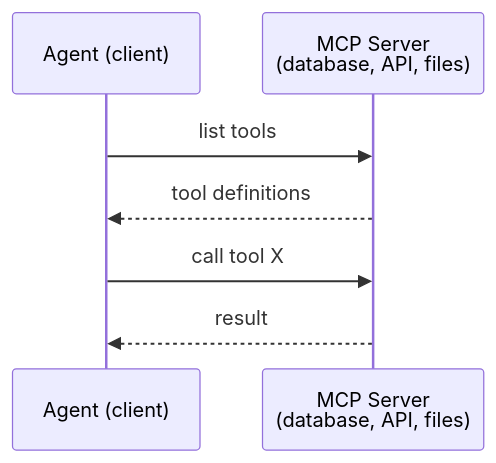
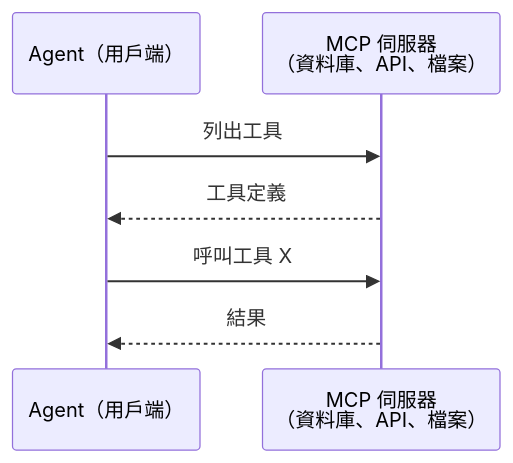
The second of 13 diagrams in i18n/zh-TW/phases/16-multi-agent-and-swarms/03-communication-protocols/docs/zh-TW.md (edward821220/ai-engineering-from-scratch), drawn with Mermaid before and after one commit. The commit also changed other lines of this file and 43 other files, not shown here.

````diff
--- a/i18n/zh-TW/phases/16-multi-agent-and-swarms/03-communication-protocols/docs/zh-TW.md
+++ b/i18n/zh-TW/phases/16-multi-agent-and-swarms/03-communication-protocols/docs/zh-TW.md
@@ -56,10 +56,10 @@
 ```mermaid
 sequenceDiagram
-    participant Agent as Agent (client)
-    participant MCP1 as MCP Server<br/>(database, API, files)
+    participant Agent as Agent（用戶端）
+    participant MCP1 as MCP 伺服器<br/>（資料庫、API、檔案）
 
-    Agent->>MCP1: list tools
-    MCP1-->>Agent: tool definitions
-    Agent->>MCP1: call tool X
-    MCP1-->>Agent: result
+    Agent->>MCP1: 列出工具
+    MCP1-->>Agent: 工具定義
+    Agent->>MCP1: 呼叫工具 X
+    MCP1-->>Agent: 結果
 ```
````
